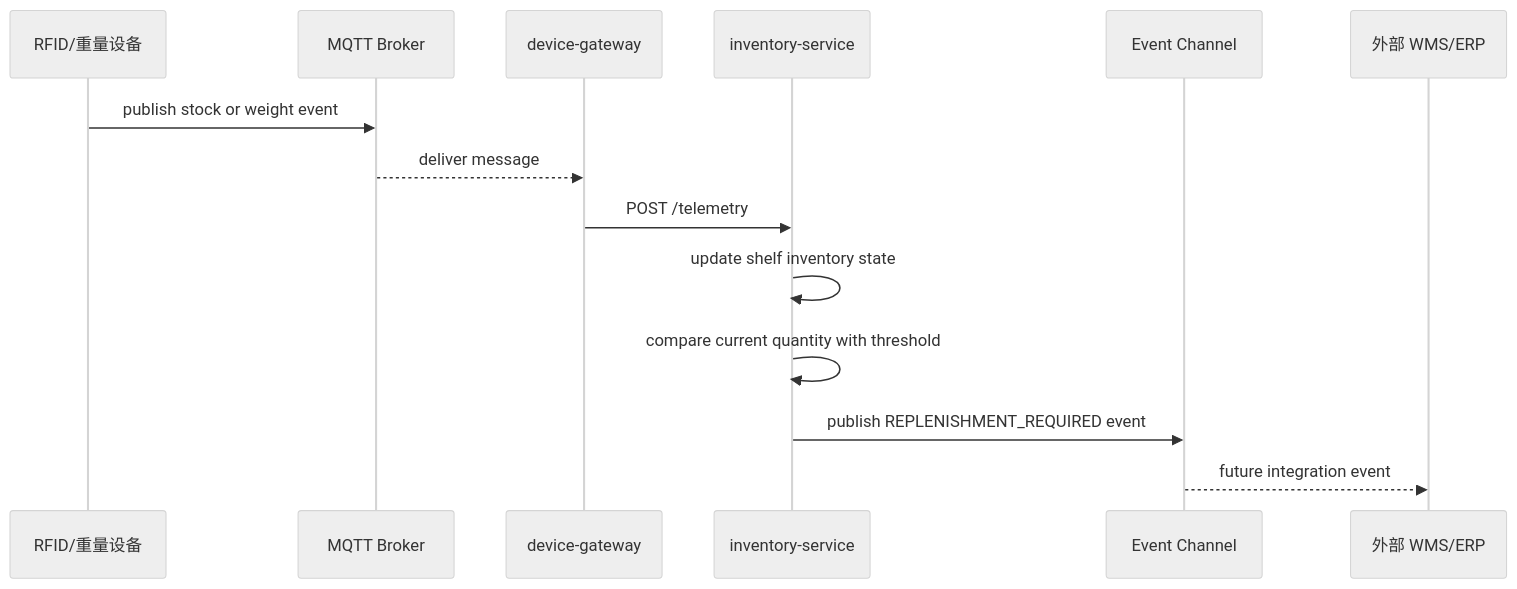
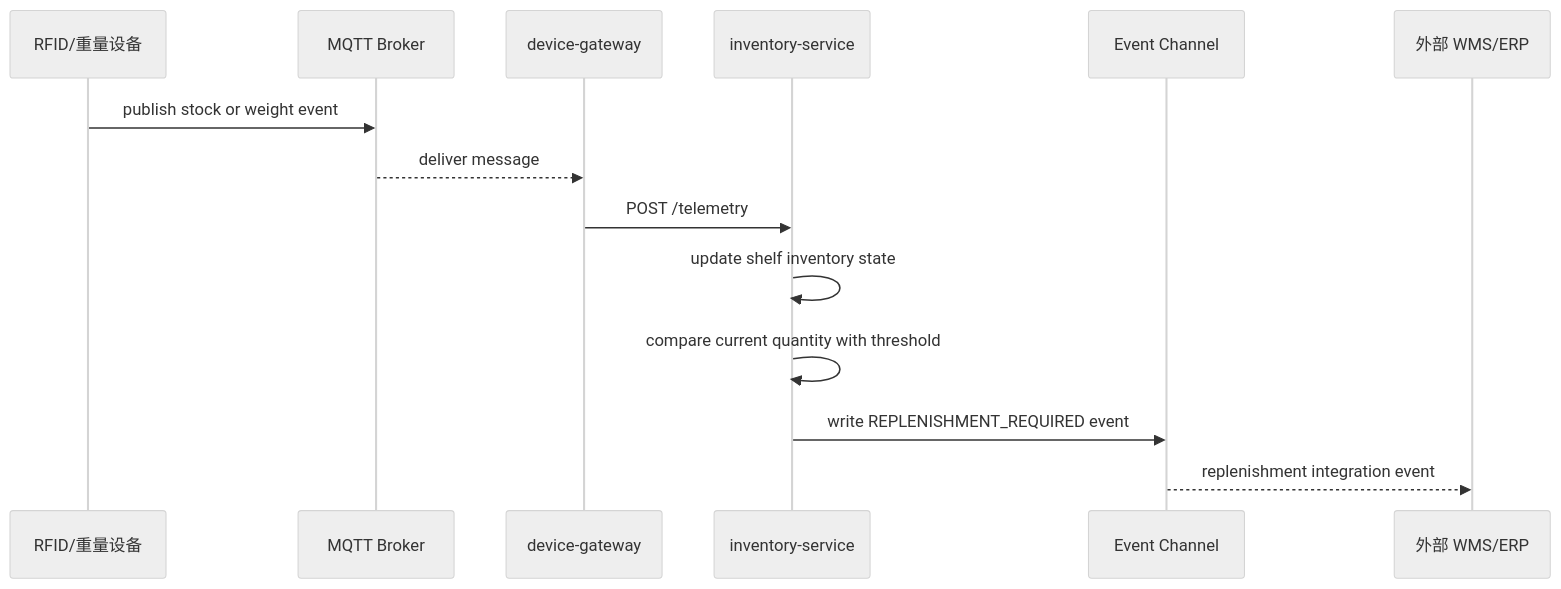
One commit to kpp-codeFVV/iot-warehouse-architecture changed the third of 3 diagrams in docs/02_views/Dynamic_Views.md. Above: the diagram before and after it, drawn with Mermaid (neutral theme). The commit also changed other lines of this file and 39 other files, not shown here.

````diff
--- a/docs/02_views/Dynamic_Views.md
+++ b/docs/02_views/Dynamic_Views.md
@@ -58,17 +58,17 @@
 ```mermaid
 sequenceDiagram
     participant RFID as RFID/重量设备
     participant Broker as MQTT Broker
     participant Gateway as device-gateway
     participant Inventory as inventory-service
     participant Events as Event Channel
     participant WMS as 外部 WMS/ERP
 
     RFID->>Broker: publish stock or weight event
     Broker-->>Gateway: deliver message
     Gateway->>Inventory: POST /telemetry
     Inventory->>Inventory: update shelf inventory state
     Inventory->>Inventory: compare current quantity with threshold
-    Inventory->>Events: publish REPLENISHMENT_REQUIRED event
-    Events-->>WMS: future integration event
+    Inventory->>Events: write REPLENISHMENT_REQUIRED event
+    Events-->>WMS: replenishment integration event
 ```
````
